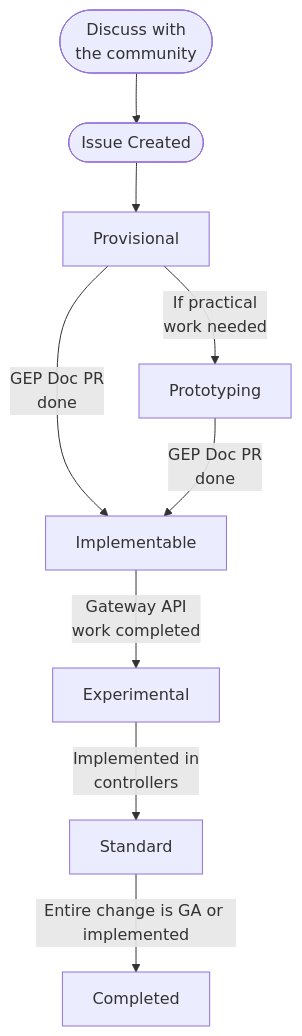
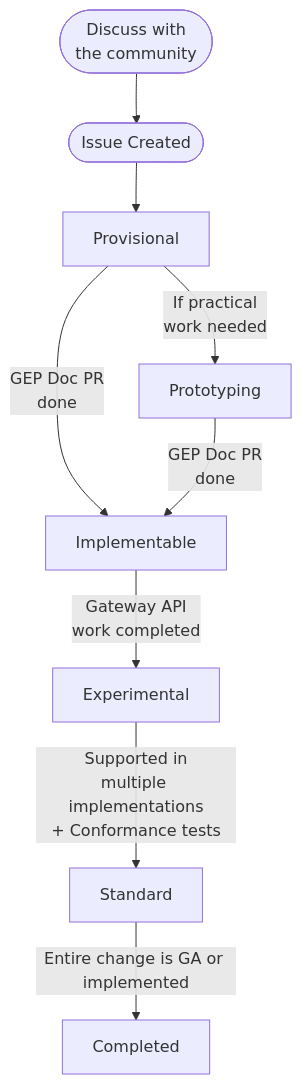
The diagram in geps/overview.md (kubernetes-sigs/gateway-api), drawn with Mermaid before and after one commit.

Commit message:
Update labels on experimental to standard transition

````diff
--- a/geps/overview.md
+++ b/geps/overview.md
@@ -17,11 +17,11 @@
 ```mermaid
 flowchart TD
     D([Discuss with<br />the community]) --> C
     C([Issue Created]) --> Provisional
     Provisional -->|GEP Doc PR<br />done| Implementable
     Provisional -->|If practical <br /> work needed| Prototyping
     Prototyping -->|GEP Doc PR<br />done| Implementable
     Implementable -->|Gateway API<br />work completed| Experimental
-    Experimental -->|Implemented in<br />controllers| Standard
+    Experimental -->|Supported in<br />multiple implementations<br />+ Conformance tests| Standard
     Standard -->|Entire change is GA or implemented| Completed
 ```
````
